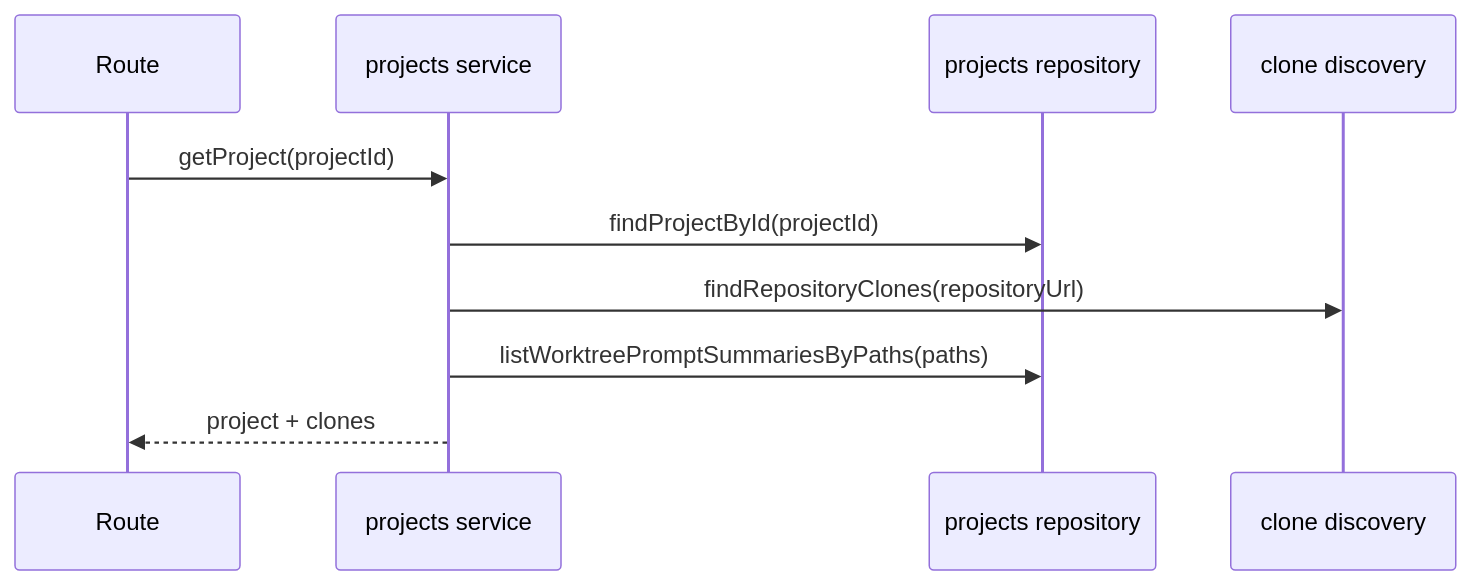
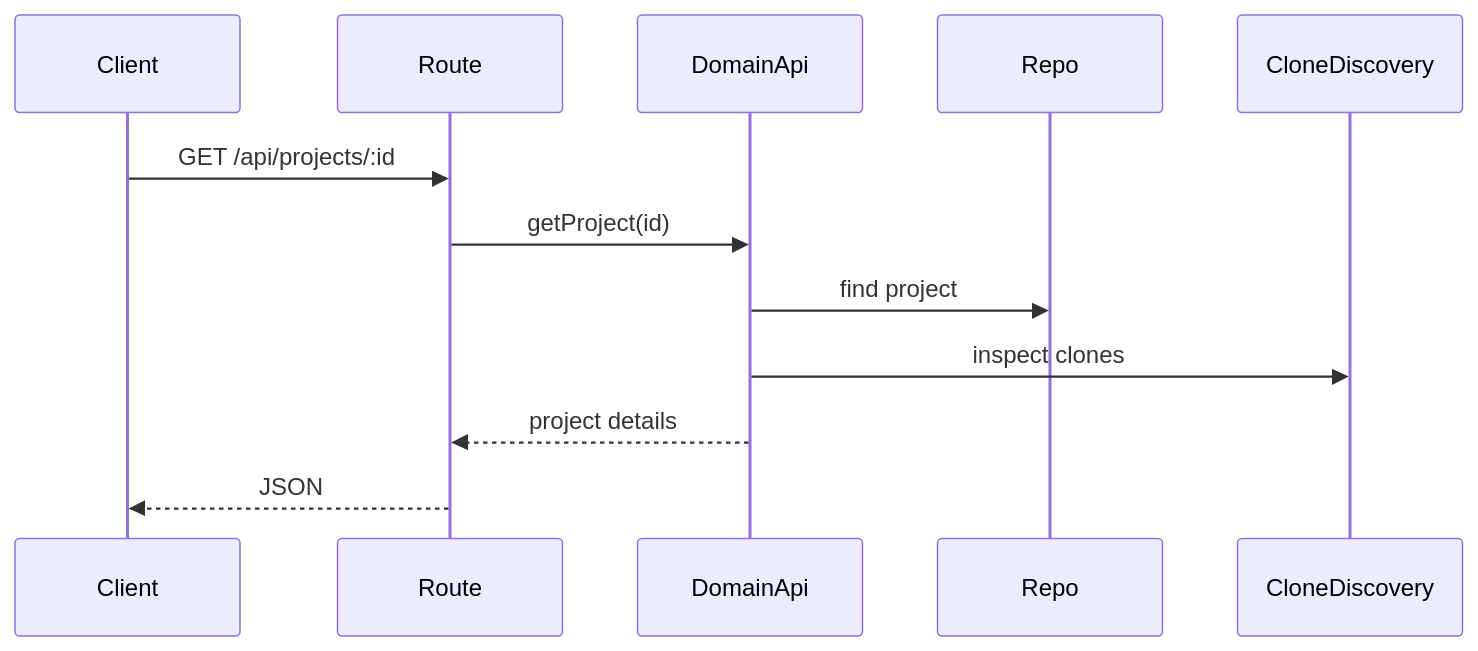
Before and after one commit to TurtleStoffel/tektite-console: the third of 5 diagrams in src/backend/domains/projects/README.md, drawn with Mermaid. The commit also changed other lines of this file and 30 other files, not shown here.

Commit message:
split domainApi from service

````diff
--- a/src/backend/domains/projects/README.md
+++ b/src/backend/domains/projects/README.md
@@ -34,12 +40,14 @@
 ```mermaid
 sequenceDiagram
+    participant Client
     participant Route
-    participant Service as projects service
-    participant Repo as projects repository
-    participant Clone as clone discovery
-    Route->>Service: getProject(projectId)
-    Service->>Repo: findProjectById(projectId)
-    Service->>Clone: findRepositoryClones(repositoryUrl)
-    Service->>Repo: listWorktreePromptSummariesByPaths(paths)
-    Service-->>Route: project + clones
+    participant DomainApi
+    participant Repo
+    participant CloneDiscovery
+    Client->>Route: GET /api/projects/:id
+    Route->>DomainApi: getProject(id)
+    DomainApi->>Repo: find project
+    DomainApi->>CloneDiscovery: inspect clones
+    DomainApi-->>Route: project details
+    Route-->>Client: JSON
 ```
````
